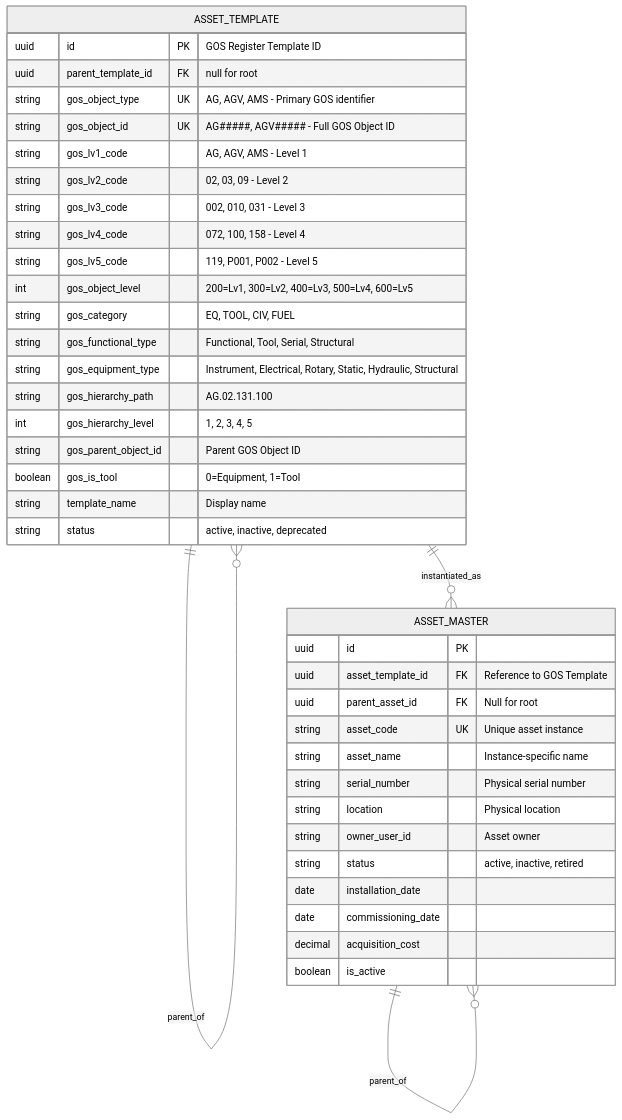
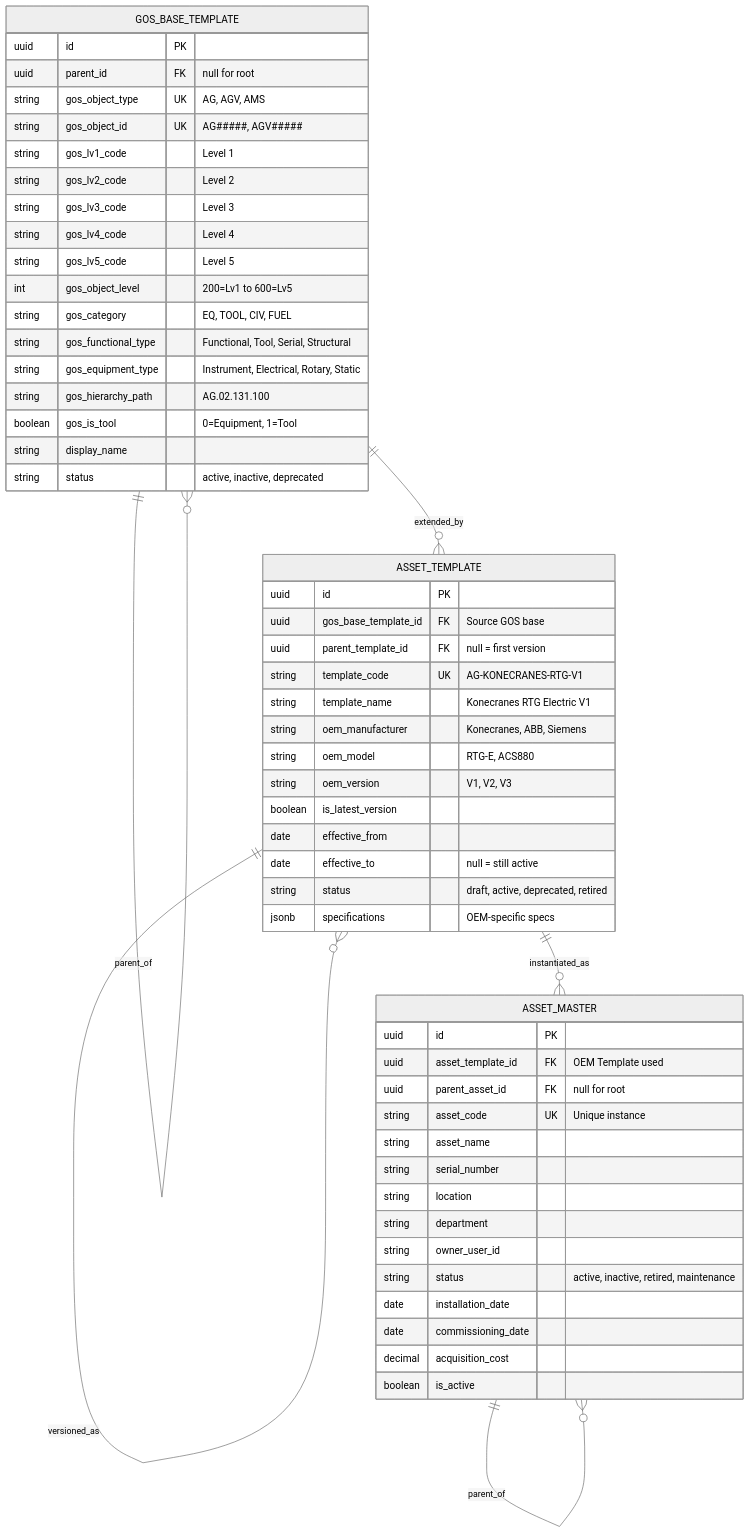
One commit to arup-ghosh-maersk/cia-lld changed the second of 6 diagrams in asset-management/diagrams/01_ER_Diagrams.md. Above: the diagram before and after it, drawn with Mermaid (neutral theme). The commit also changed other lines of this file and 1 other file, not shown here.

````diff
--- a/asset-management/diagrams/01_ER_Diagrams.md
+++ b/asset-management/diagrams/01_ER_Diagrams.md
@@ -340,44 +370,61 @@
 ```mermaid
 erDiagram
-    ASSET_TEMPLATE ||--o{ ASSET_TEMPLATE : "parent_of"
+    GOS_BASE_TEMPLATE ||--o{ GOS_BASE_TEMPLATE : "parent_of"
+    GOS_BASE_TEMPLATE ||--o{ ASSET_TEMPLATE : "extended_by"
+    ASSET_TEMPLATE ||--o{ ASSET_TEMPLATE : "versioned_as"
     ASSET_TEMPLATE ||--o{ ASSET_MASTER : "instantiated_as"
     ASSET_MASTER ||--o{ ASSET_MASTER : "parent_of"
 
-    ASSET_TEMPLATE {
-        uuid id PK "GOS Register Template ID"
-        uuid parent_template_id FK "null for root"
-        string gos_object_type UK "AG, AGV, AMS - Primary GOS identifier"
-        string gos_object_id UK "AG#####, AGV##### - Full GOS Object ID"
-        string gos_lv1_code "AG, AGV, AMS - Level 1"
-        string gos_lv2_code "02, 03, 09 - Level 2"
-        string gos_lv3_code "002, 010, 031 - Level 3"
-        string gos_lv4_code "072, 100, 158 - Level 4"
-        string gos_lv5_code "119, P001, P002 - Level 5"
-        int gos_object_level "200=Lv1, 300=Lv2, 400=Lv3, 500=Lv4, 600=Lv5"
+    GOS_BASE_TEMPLATE {
+        uuid id PK
+        uuid parent_id FK "null for root"
+        string gos_object_type UK "AG, AGV, AMS"
+        string gos_object_id UK "AG#####, AGV#####"
+        string gos_lv1_code "Level 1"
+        string gos_lv2_code "Level 2"
+        string gos_lv3_code "Level 3"
+        string gos_lv4_code "Level 4"
+        string gos_lv5_code "Level 5"
+        int gos_object_level "200=Lv1 to 600=Lv5"
         string gos_category "EQ, TOOL, CIV, FUEL"
         string gos_functional_type "Functional, Tool, Serial, Structural"
-        string gos_equipment_type "Instrument, Electrical, Rotary, Static, Hydraulic, Structural"
+        string gos_equipment_type "Instrument, Electrical, Rotary, Static"
         string gos_hierarchy_path "AG.02.131.100"
-        int gos_hierarchy_level "1, 2, 3, 4, 5"
-        string gos_parent_object_id "Parent GOS Object ID"
         boolean gos_is_tool "0=Equipment, 1=Tool"
-        string template_name "Display name"
+        string display_name
         string status "active, inactive, deprecated"
+    }
+
+    ASSET_TEMPLATE {
+        uuid id PK
+        uuid gos_base_template_id FK "Source GOS base"
+        uuid parent_template_id FK "null = first version"
+        string template_code UK "AG-KONECRANES-RTG-V1"
+        string template_name "Konecranes RTG Electric V1"
+        string oem_manufacturer "Konecranes, ABB, Siemens"
+        string oem_model "RTG-E, ACS880"
+        string oem_version "V1, V2, V3"
+        boolean is_latest_version
+        date effective_from
+        date effective_to "null = still active"
+        string status "draft, active, deprecated, retired"
+        jsonb specifications "OEM-specific specs"
     }
 
     ASSET_MASTER {
         uuid id PK
-        uuid asset_template_id FK "Reference to GOS Template"
-        uuid parent_asset_id FK "Null for root"
-        string asset_code UK "Unique asset instance"
-        string asset_name "Instance-specific name"
-        string serial_number "Physical serial number"
-        string location "Physical location"
-        string owner_user_id "Asset owner"
-        string status "active, inactive, retired"
+        uuid asset_template_id FK "OEM Template used"
+        uuid parent_asset_id FK "null for root"
+        string asset_code UK "Unique instance"
+        string asset_name
+        string serial_number
+        string location
+        string department
+        string owner_user_id
+        string status "active, inactive, retired, maintenance"
         date installation_date
         date commissioning_date
         decimal acquisition_cost
         boolean is_active
     }
 ```
````
